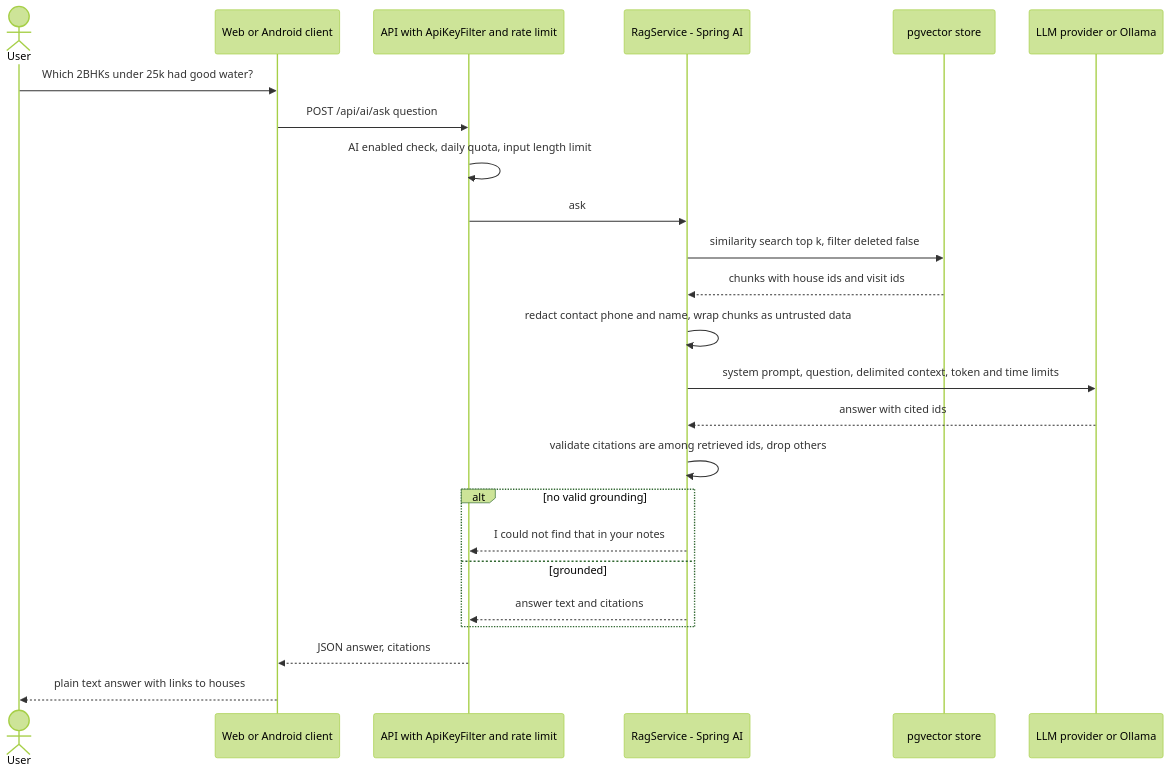
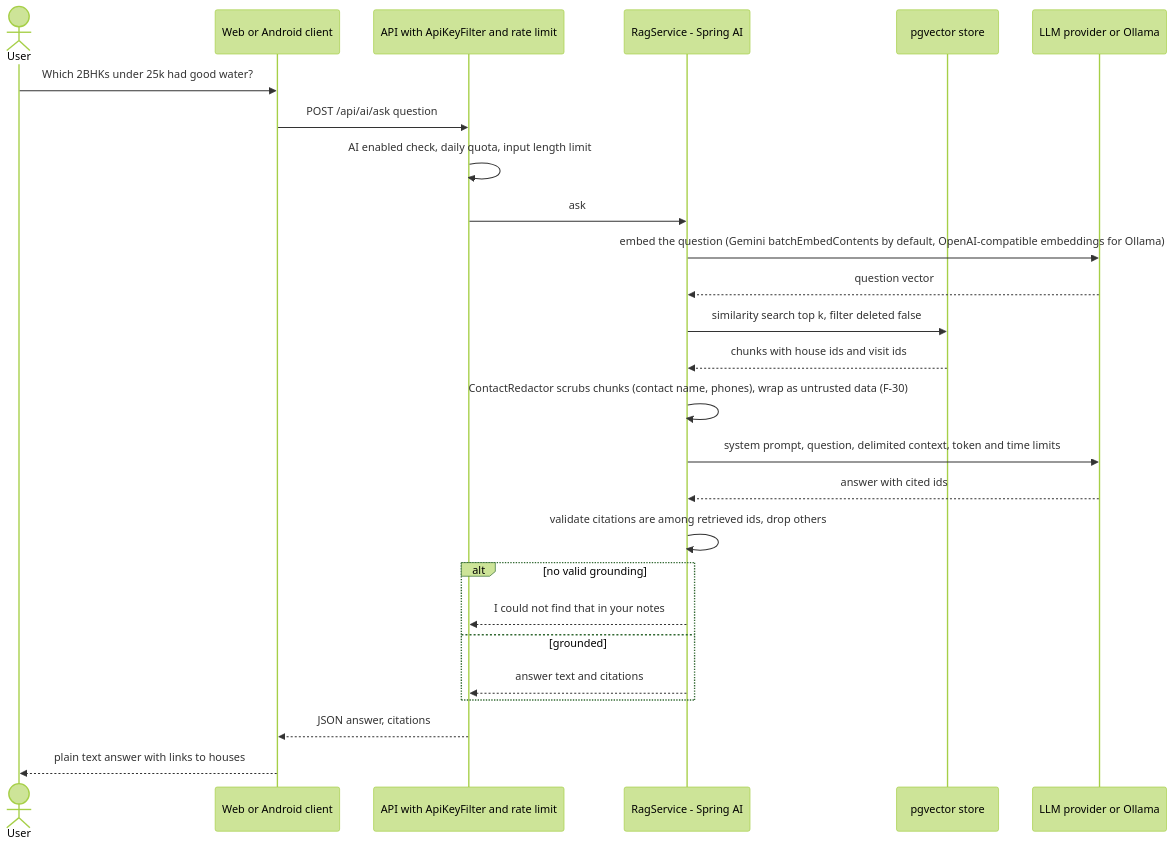
Diagram 11 of 15 in docs/03-design.md (Sriram-Codes-SW/doorprints), drawn with Mermaid (forest theme) before and after one commit. The commit also changed other lines of this file and 38 other files, not shown here.

First line of the commit message:
Sprint 3: native Gemini embeddings, redact owner contact data from AI paths, fail-safe eval scorecard, compose AI settings, docs

````diff
--- a/docs/03-design.md
+++ b/docs/03-design.md
@@ -483,26 +485,28 @@
 ```mermaid
 sequenceDiagram
     actor U as User
     participant C as Web or Android client
     participant API as API with ApiKeyFilter and rate limit
     participant RAG as RagService - Spring AI
     participant VS as pgvector store
     participant LLM as LLM provider or Ollama
     U->>C: Which 2BHKs under 25k had good water?
     C->>API: POST /api/ai/ask question
     API->>API: AI enabled check, daily quota, input length limit
     API->>RAG: ask
+    RAG->>LLM: embed the question (Gemini batchEmbedContents by default, OpenAI-compatible embeddings for Ollama)
+    LLM-->>RAG: question vector
     RAG->>VS: similarity search top k, filter deleted false
     VS-->>RAG: chunks with house ids and visit ids
-    RAG->>RAG: redact contact phone and name, wrap chunks as untrusted data
+    RAG->>RAG: ContactRedactor scrubs chunks (contact name, phones), wrap as untrusted data (F-30)
     RAG->>LLM: system prompt, question, delimited context, token and time limits
     LLM-->>RAG: answer with cited ids
     RAG->>RAG: validate citations are among retrieved ids, drop others
     alt no valid grounding
         RAG-->>API: I could not find that in your notes
     else grounded
         RAG-->>API: answer text and citations
     end
     API-->>C: JSON answer, citations
     C-->>U: plain text answer with links to houses
 ```
````
